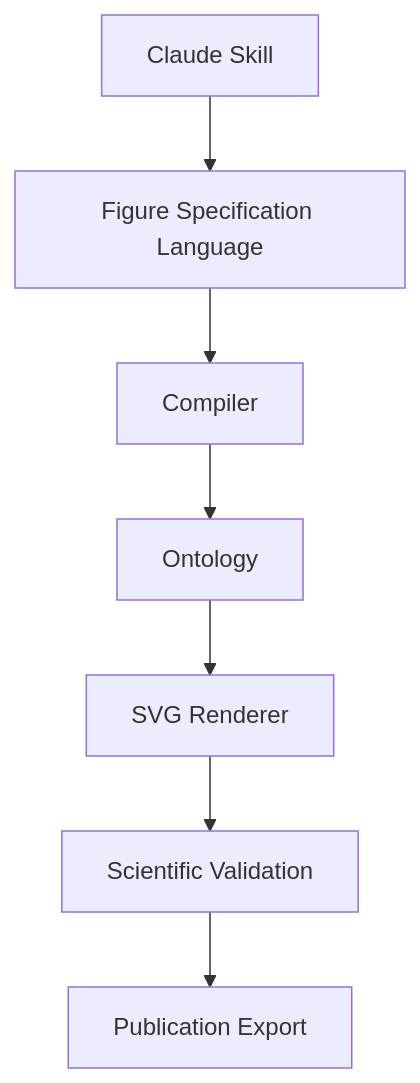
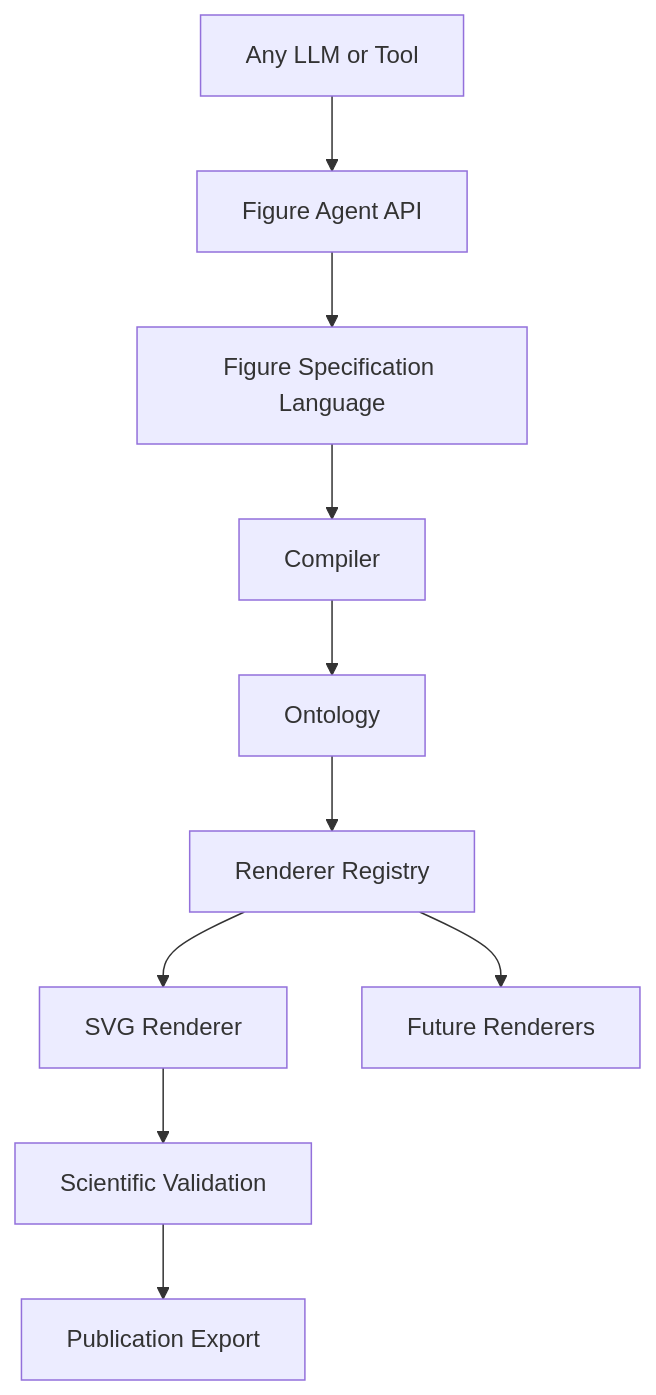
Before and after one commit to insight2017aquib/MedicinalChemistryFigureDesigner: the first of 2 diagrams in README.md, drawn with Mermaid. The commit also changed other lines of this file and 13 other files, not shown here.

First line of the commit message:
feat(api): v0.7 Figure Agent public API

````diff
--- a/README.md
+++ b/README.md
@@ -60,9 +62,12 @@
 ```mermaid
 flowchart TD
-    A[Claude Skill] --> B[Figure Specification Language]
+    LLM[Any LLM or Tool] --> API[Figure Agent API]
+    API --> B[Figure Specification Language]
     B --> C[Compiler]
     C --> O[Ontology]
-    O --> R[SVG Renderer]
-    R --> E[Scientific Validation]
+    O --> R[Renderer Registry]
+    R --> SVG[SVG Renderer]
+    R --> Future[Future Renderers]
+    SVG --> E[Scientific Validation]
     E --> F[Publication Export]
 ```
````
